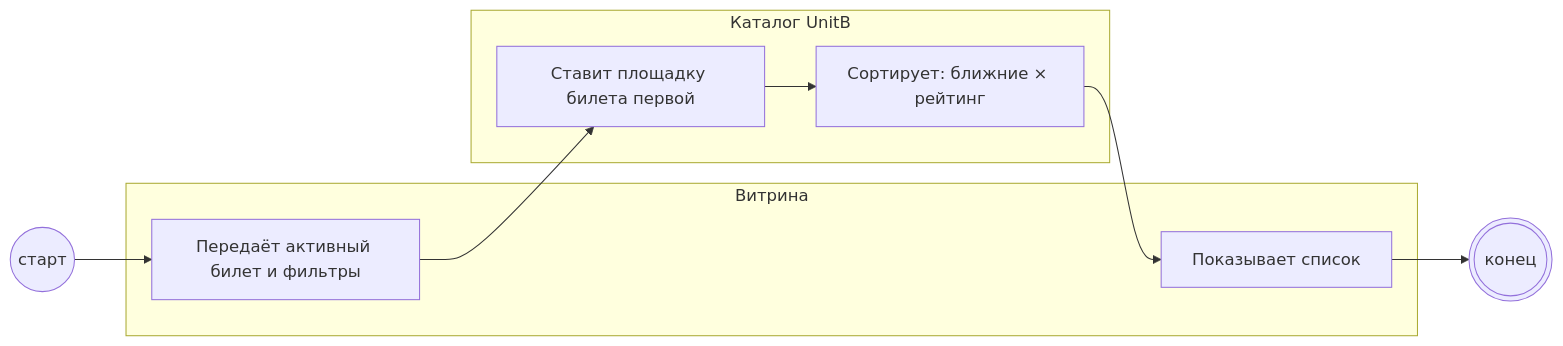
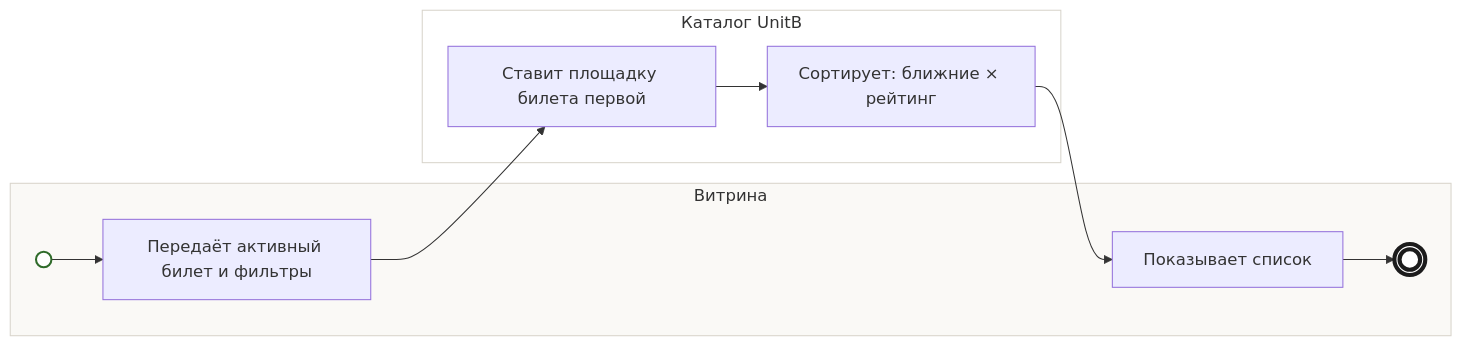
One commit to po-helper-org/poh-blueprint-writer changed the diagram in skills/bft-blueprint/examples/dineclub-restart-blueprint/backlog/tasks/bp-9.1 - Ранжирование-близость-×-рейтинг-фильтры.md. Above: the diagram before and after it, drawn with Mermaid. The commit also changed 79 other files, not shown here.

First line of the commit message:
Карточка «Как это работает»: компактная заметка, схема mermaid, «Уточнить», источники

````diff
--- a/skills/bft-blueprint/examples/dineclub-restart-blueprint/backlog/tasks/bp-9.1 - Ранжирование-близость-×-рейтинг-фильтры.md
+++ b/skills/bft-blueprint/examples/dineclub-restart-blueprint/backlog/tasks/bp-9.1 - Ранжирование-близость-×-рейтинг-фильтры.md
@@ -41,18 +41,26 @@
 ```mermaid
 flowchart LR
-  S(("старт"))
   subgraph L1["Витрина"]
+    S((" "))
     N1["Передаёт активный билет и фильтры"]
     N4["Показывает список"]
+    E(((" ")))
   end
   subgraph L2["Каталог UnitB"]
     N2["Ставит площадку билета первой"]
     N3["Сортирует: ближние × рейтинг"]
   end
-  E((("конец")))
   S --> N1
   N1 --> N2
   N2 --> N3
   N3 --> N4
   N4 --> E
+  classDef start fill:#fff,stroke:#2f6b2a,stroke-width:2px
+  classDef stop fill:#fff,stroke:#1c1c1c,stroke-width:4px
+  classDef gw fill:#fff8e6,stroke:#b7791f
+  classDef ask color:#c0392b,stroke:#c0392b
+  class S start
+  class E stop
+  style L1 fill:#faf9f6,stroke:#d8d4cb
+  style L2 fill:#ffffff,stroke:#d8d4cb
 ```
````
